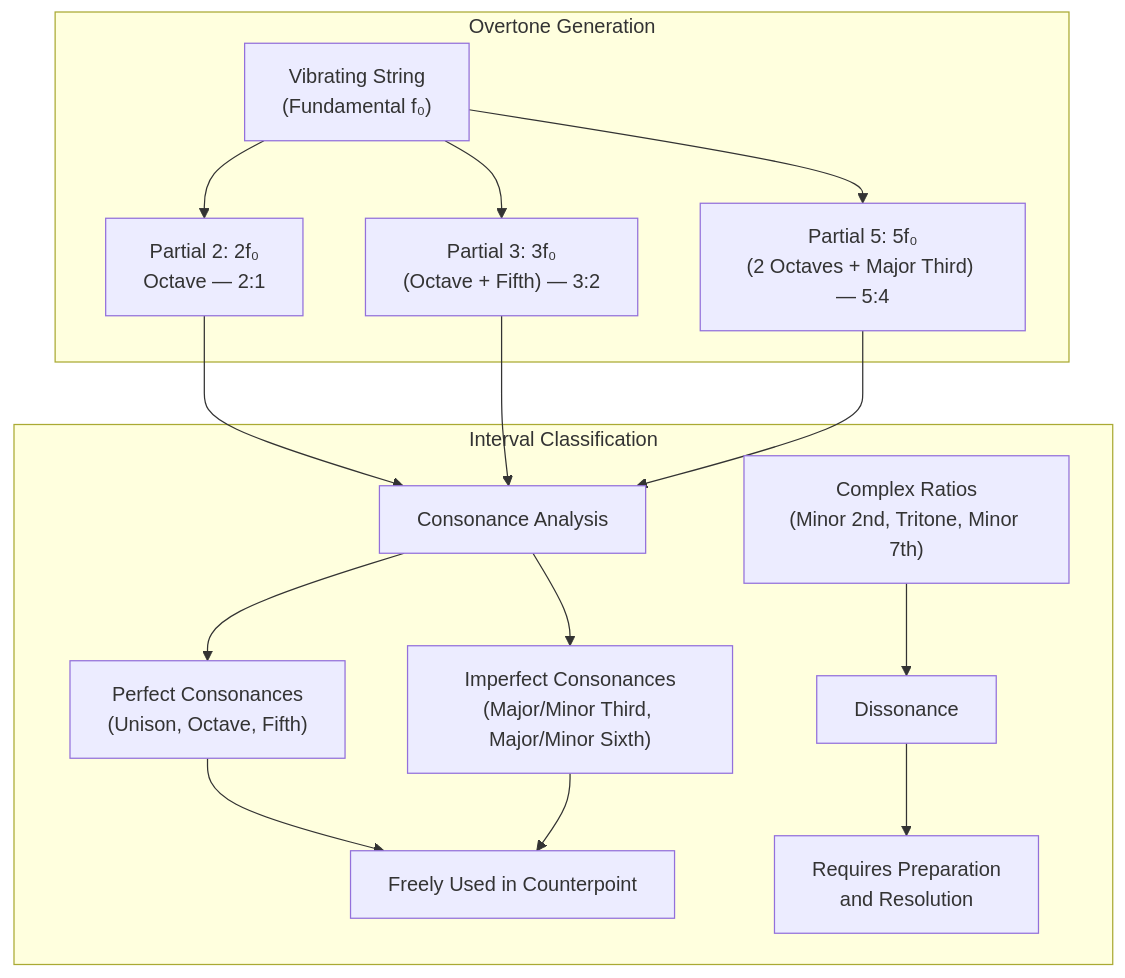
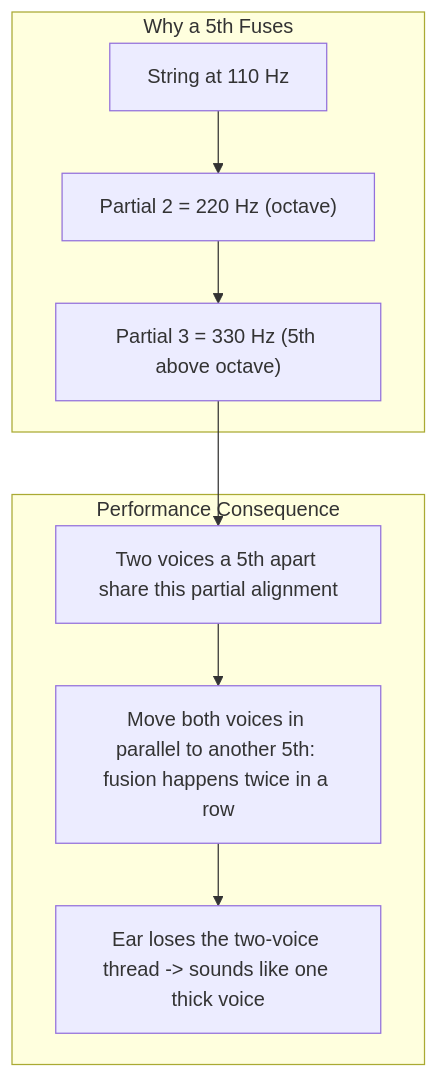
One commit to blebleblee/synapse changed the first of 3 diagrams in topics/arts/composition/counterpoint/lesson_01_counterpoint_fundamentals.md. Above: the diagram before and after it, drawn with Mermaid. The commit also changed other lines of this file and 4 other files, not shown here.

````diff
--- a/topics/arts/composition/counterpoint/lesson_01_counterpoint_fundamentals.md
+++ b/topics/arts/composition/counterpoint/lesson_01_counterpoint_fundamentals.md
@@ -48,32 +31,14 @@
 ```mermaid
 graph TD
-    subgraph sub_overtone ["Overtone Generation"]
-        A["Vibrating String<br/>(Fundamental f₀)"]
-        B["Partial 2: 2f₀<br/>Octave — 2:1"]
-        C["Partial 3: 3f₀<br/>(Octave + Fifth) — 3:2"]
-        D["Partial 5: 5f₀<br/>(2 Octaves + Major Third) — 5:4"]
+    subgraph sub_overtone ["Why a 5th Fuses"]
+        A["String at 110 Hz"]
+        B["Partial 2 = 220 Hz (octave)"]
+        C["Partial 3 = 330 Hz (5th above octave)"]
     end
-    
-    subgraph sub_classification ["Interval Classification"]
-        E["Consonance Analysis"]
-        F["Perfect Consonances<br/>(Unison, Octave, Fifth)"]
-        G["Imperfect Consonances<br/>(Major/Minor Third, Major/Minor Sixth)"]
-        H["Complex Ratios<br/>(Minor 2nd, Tritone, Minor 7th)"]
-        I["Dissonance"]
-        J["Freely Used in Counterpoint"]
-        K["Requires Preparation<br/>and Resolution"]
+    subgraph sub_consequence ["Performance Consequence"]
+        D["Two voices a 5th apart share this partial alignment"]
+        E["Move both voices in parallel to another 5th: fusion happens twice in a row"]
+        F["Ear loses the two-voice thread -> sounds like one thick voice"]
     end
-    
-    A --> B
-    A --> C
-    A --> D
-    B --> E
-    C --> E
-    D --> E
-    E --> F
-    E --> G
-    H --> I
-    F --> J
-    G --> J
-    I --> K
+    A --> B --> C --> D --> E --> F
 ```
````
